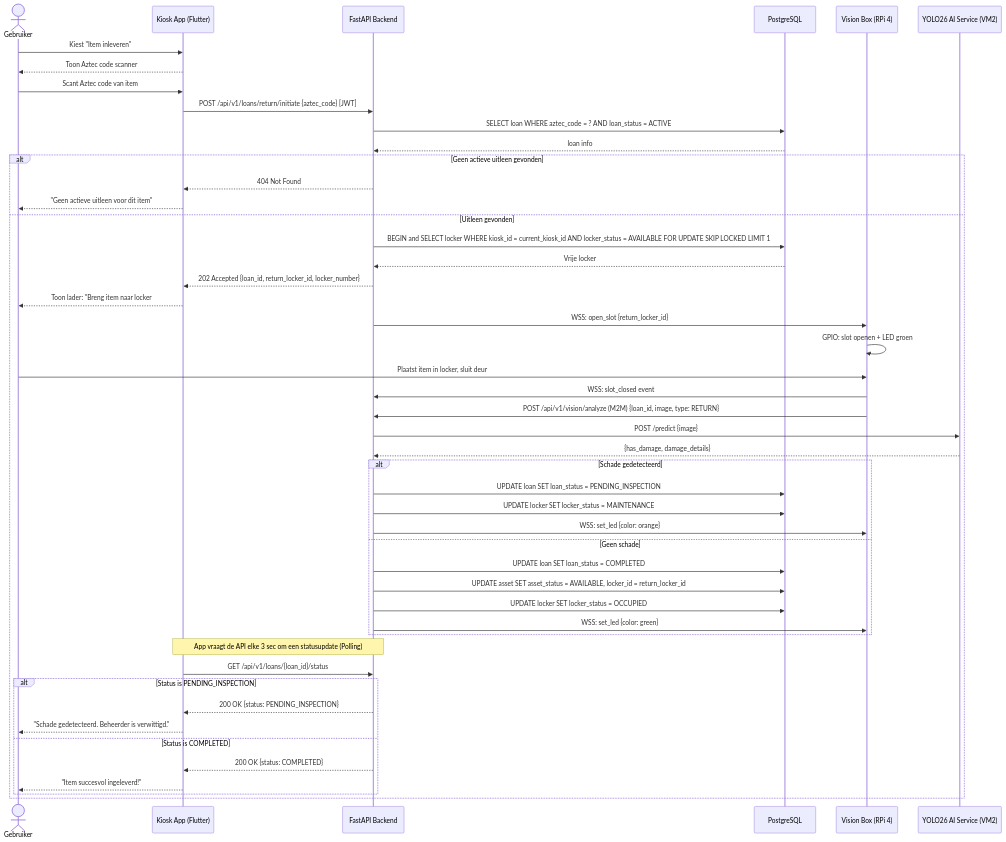
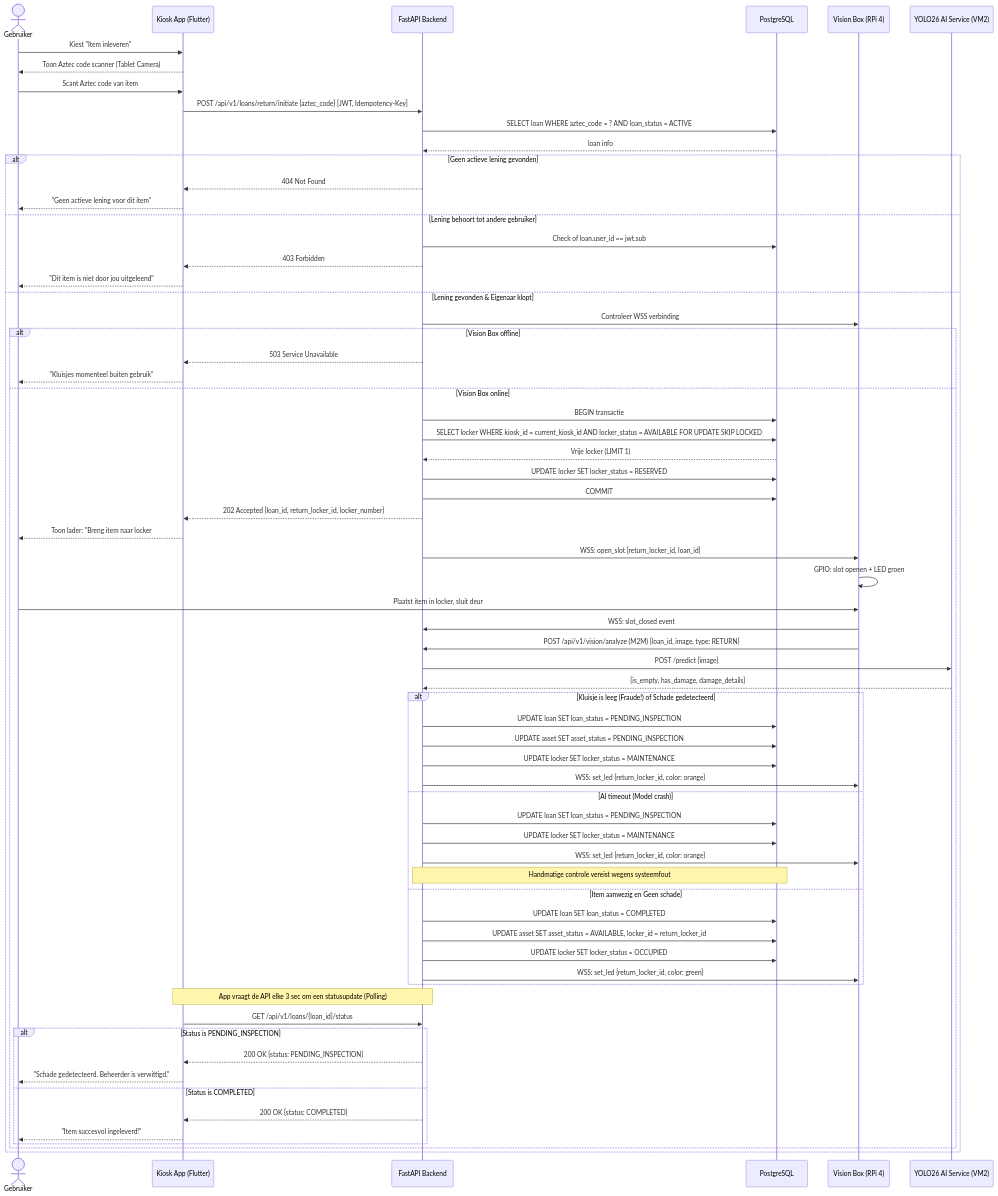
One commit to easylend-practice-enterprise/easylend changed the third of 4 diagrams in docs/workflows.md. Above: the diagram before and after it, drawn with Mermaid. The commit also changed other lines of this file and 1 other file, not shown here.

Commit message:
docs: finalize architecture with extreme edge-case handling (race conditions, timeouts, AI crashes)

````diff
--- a/docs/workflows.md
+++ b/docs/workflows.md
@@ -135,58 +145,77 @@
 ```mermaid
 sequenceDiagram
     actor User as Gebruiker
     participant App as Kiosk App (Flutter)
     participant API as FastAPI Backend
     participant DB as PostgreSQL
     participant VB as Vision Box (RPi 4)
     participant AI as YOLO26 AI Service (VM2)
 
     User->>App: Kiest "Item inleveren"
-    App-->>User: Toon Aztec code scanner
+    App-->>User: Toon Aztec code scanner (Tablet Camera)
     User->>App: Scant Aztec code van item
-    App->>API: POST /api/v1/loans/return/initiate {aztec_code} [JWT]
+    App->>API: POST /api/v1/loans/return/initiate {aztec_code} [JWT, Idempotency-Key]
     API->>DB: SELECT loan WHERE aztec_code = ? AND loan_status = ACTIVE
     DB-->>API: loan info
 
-    alt Geen actieve uitleen gevonden
+    alt Geen actieve lening gevonden
         API-->>App: 404 Not Found
-        App-->>User: "Geen actieve uitleen voor dit item"
-    else Uitleen gevonden
-        API->>DB: BEGIN and SELECT locker WHERE kiosk_id = current_kiosk_id AND locker_status = AVAILABLE FOR UPDATE SKIP LOCKED LIMIT 1
-        DB-->>API: Vrije locker
-        API-->>App: 202 Accepted {loan_id, return_locker_id, locker_number}
-        App-->>User: Toon lader: "Breng item naar locker #N"
+        App-->>User: "Geen actieve lening voor dit item"
+    else Lening behoort tot andere gebruiker
+        API->>DB: Check of loan.user_id == jwt.sub
+        API-->>App: 403 Forbidden
+        App-->>User: "Dit item is niet door jou uitgeleend"
+    else Lening gevonden & Eigenaar klopt
+        API->>VB: Controleer WSS verbinding
+        alt Vision Box offline
+            API-->>App: 503 Service Unavailable
+            App-->>User: "Kluisjes momenteel buiten gebruik"
+        else Vision Box online
+            API->>DB: BEGIN transactie
+            API->>DB: SELECT locker WHERE kiosk_id = current_kiosk_id AND locker_status = AVAILABLE FOR UPDATE SKIP LOCKED
+            DB-->>API: Vrije locker (LIMIT 1)
+            API->>DB: UPDATE locker SET locker_status = RESERVED
+            API->>DB: COMMIT
+            API-->>App: 202 Accepted {loan_id, return_locker_id, locker_number}
+            App-->>User: Toon lader: "Breng item naar locker #N"
 
-        API->>VB: WSS: open_slot {return_locker_id}
-        VB->>VB: GPIO: slot openen + LED groen
-        User->>VB: Plaatst item in locker, sluit deur
-        VB->>API: WSS: slot_closed event
+            API->>VB: WSS: open_slot {return_locker_id, loan_id}
+            VB->>VB: GPIO: slot openen + LED groen
+            User->>VB: Plaatst item in locker, sluit deur
+            VB->>API: WSS: slot_closed event
 
-        VB->>API: POST /api/v1/vision/analyze (M2M) {loan_id, image, type: RETURN}
-        API->>AI: POST /predict {image}
-        AI-->>API: {has_damage, damage_details}
+            VB->>API: POST /api/v1/vision/analyze (M2M) {loan_id, image, type: RETURN}
+            API->>AI: POST /predict {image}
+            AI-->>API: {is_empty, has_damage, damage_details}
 
-        alt Schade gedetecteerd
-            API->>DB: UPDATE loan SET loan_status = PENDING_INSPECTION
-            API->>DB: UPDATE locker SET locker_status = MAINTENANCE
-            API->>VB: WSS: set_led {color: orange}
-        else Geen schade
-            API->>DB: UPDATE loan SET loan_status = COMPLETED
-            API->>DB: UPDATE asset SET asset_status = AVAILABLE, locker_id = return_locker_id
-            API->>DB: UPDATE locker SET locker_status = OCCUPIED
-            API->>VB: WSS: set_led {color: green}
-        end
+            alt Kluisje is leeg (Fraude!) of Schade gedetecteerd
+                API->>DB: UPDATE loan SET loan_status = PENDING_INSPECTION
+                API->>DB: UPDATE asset SET asset_status = PENDING_INSPECTION
+                API->>DB: UPDATE locker SET locker_status = MAINTENANCE
+                API->>VB: WSS: set_led {return_locker_id, color: orange}
+            else AI timeout (Model crash)
+                API->>DB: UPDATE loan SET loan_status = PENDING_INSPECTION
+                API->>DB: UPDATE locker SET locker_status = MAINTENANCE
+                API->>VB: WSS: set_led {return_locker_id, color: orange}
+                Note over API,DB: Handmatige controle vereist wegens systeemfout
+            else Item aanwezig en Geen schade
+                API->>DB: UPDATE loan SET loan_status = COMPLETED
+                API->>DB: UPDATE asset SET asset_status = AVAILABLE, locker_id = return_locker_id
+                API->>DB: UPDATE locker SET locker_status = OCCUPIED
+                API->>VB: WSS: set_led {return_locker_id, color: green}
+            end
 
-        Note over App,API: App vraagt de API elke 3 sec om een statusupdate (Polling)
-        App->>API: GET /api/v1/loans/{loan_id}/status
-        
-        alt Status is PENDING_INSPECTION
-            API-->>App: 200 OK {status: PENDING_INSPECTION}
-            App-->>User: "Schade gedetecteerd. Beheerder is verwittigd."
-        else Status is COMPLETED
-            API-->>App: 200 OK {status: COMPLETED}
-            App-->>User: "Item succesvol ingeleverd!"
+            Note over App,API: App vraagt de API elke 3 sec om een statusupdate (Polling)
+            App->>API: GET /api/v1/loans/{loan_id}/status
+            
+            alt Status is PENDING_INSPECTION
+                API-->>App: 200 OK {status: PENDING_INSPECTION}
+                App-->>User: "Schade gedetecteerd. Beheerder is verwittigd."
+            else Status is COMPLETED
+                API-->>App: 200 OK {status: COMPLETED}
+                App-->>User: "Item succesvol ingeleverd!"
+            end
         end
     end
 
 ```
````
